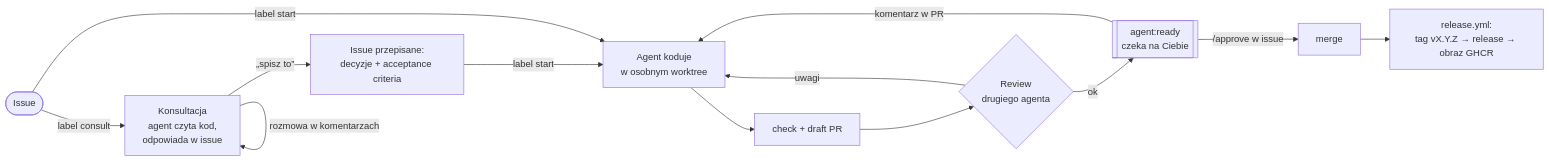
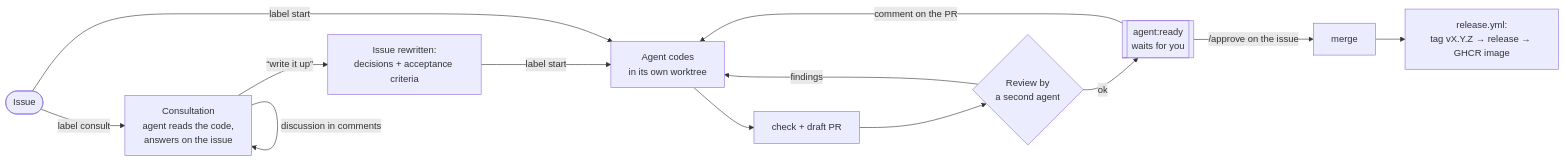
Before and after one commit to worotyns/autonomous: the first of 3 diagrams in README.md, drawn with Mermaid. The commit also changed other lines of this file and 1 other file, not shown here.

````diff
--- a/README.md
+++ b/README.md
@@ -5,15 +5,15 @@
 ```mermaid
 flowchart LR
-    I([Issue]) -->|label consult| C[Konsultacja<br/>agent czyta kod,<br/>odpowiada w issue]
-    C -->|rozmowa w komentarzach| C
-    C -->|"„spisz to”"| S[Issue przepisane:<br/>decyzje + acceptance criteria]
+    I([Issue]) -->|label consult| C[Consultation<br/>agent reads the code,<br/>answers on the issue]
+    C -->|discussion in comments| C
+    C -->|"“write it up”"| S[Issue rewritten:<br/>decisions + acceptance criteria]
     S -->|label start| W
-    I -->|label start| W[Agent koduje<br/>w osobnym worktree]
+    I -->|label start| W[Agent codes<br/>in its own worktree]
     W --> K[check + draft PR]
-    K --> R{Review<br/>drugiego agenta}
-    R -->|uwagi| W
-    R -->|ok| A[[agent:ready<br/>czeka na Ciebie]]
-    A -->|komentarz w PR| W
-    A -->|/approve w issue| M[merge]
-    M --> T[release.yml:<br/>tag vX.Y.Z → release → obraz GHCR]
+    K --> R{Review by<br/>a second agent}
+    R -->|findings| W
+    R -->|ok| A[[agent:ready<br/>waits for you]]
+    A -->|comment on the PR| W
+    A -->|/approve on the issue| M[merge]
+    M --> T[release.yml:<br/>tag vX.Y.Z → release → GHCR image]
 ```
````
